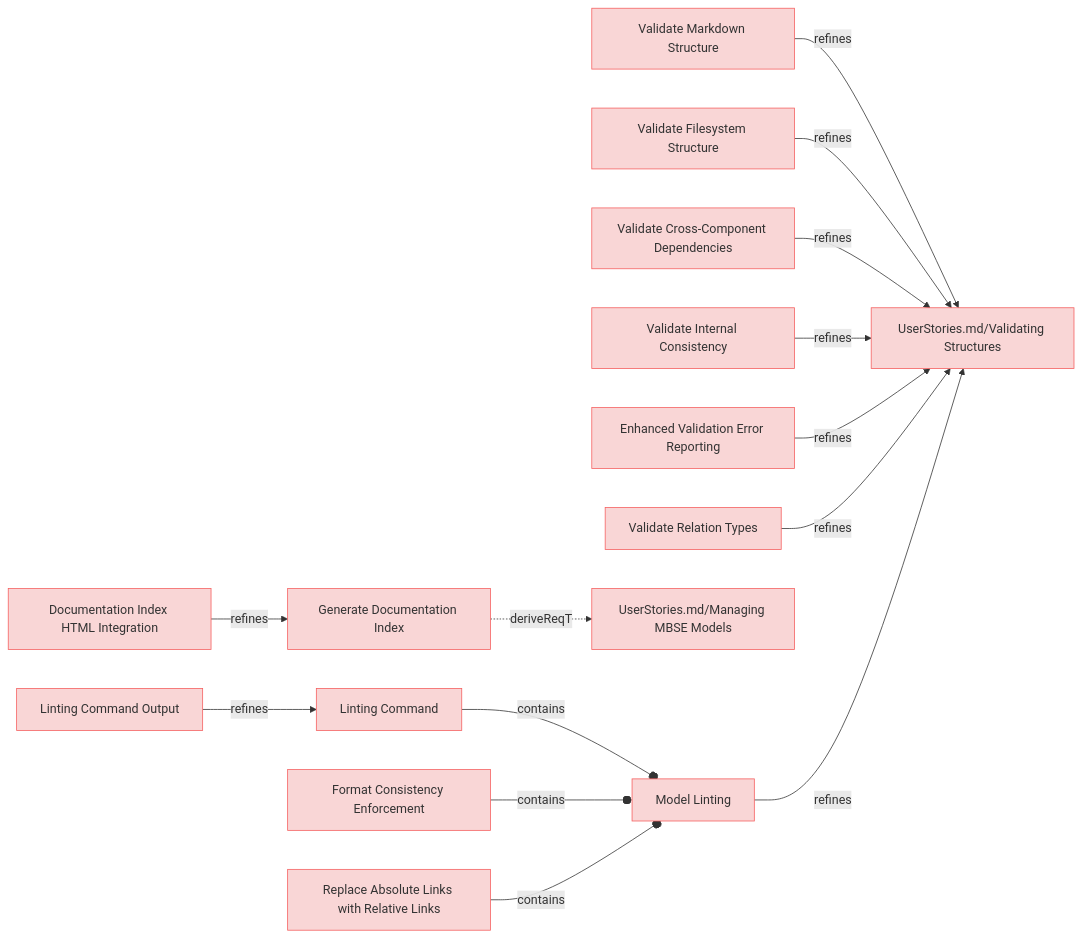
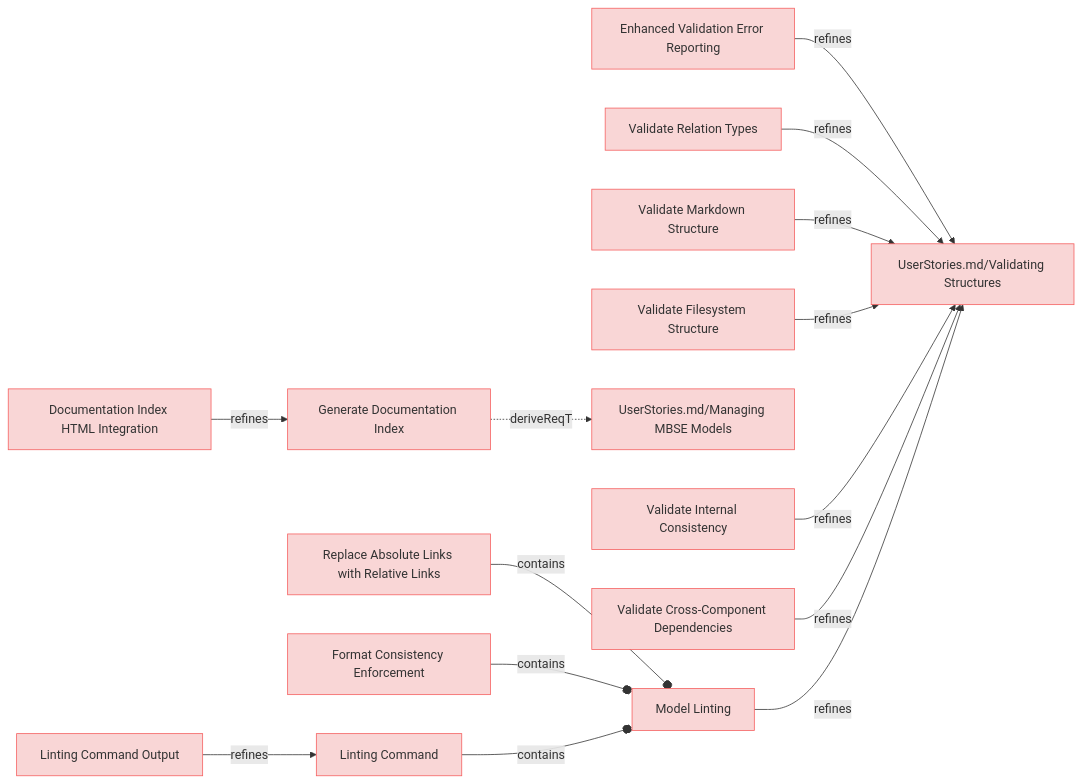
The third of 9 diagrams in specifications/UserRequirements.md (reqvire-org/reqvire), drawn with Mermaid before and after one commit. The commit also changed other lines of this file and 14 other files, not shown here.

Commit message:
Diagram fixes

````diff
--- a/specifications/UserRequirements.md
+++ b/specifications/UserRequirements.md
@@ -147,67 +147,67 @@
 ```mermaid
 graph LR;
   %% Graph styling
   classDef requirement fill:#f9d6d6,stroke:#f55f5f,stroke-width:1px;
   classDef verification fill:#d6f9d6,stroke:#5fd75f,stroke-width:1px;
   classDef externalLink fill:#d0e0ff,stroke:#3080ff,stroke-width:1px;
   classDef default fill:#f5f5f5,stroke:#333333,stroke-width:1px;
 
+  7cf5cf9900076be6["Enhanced Validation Error Reporting"];
+  click 7cf5cf9900076be6 "UserRequirements.md#enhanced-validation-error-reporting";
+  class 7cf5cf9900076be6 requirement;
+  a60d88b6e2cb3842["UserStories.md/Validating Structures"];
+  class a60d88b6e2cb3842 requirement;
+  click a60d88b6e2cb3842 "UserStories.md#validating-structures";
+  7cf5cf9900076be6 -->|refines| a60d88b6e2cb3842;
+  e1c89b5d94837122["Documentation Index HTML Integration"];
+  click e1c89b5d94837122 "UserRequirements.md#documentation-index-html-integration";
+  class e1c89b5d94837122 requirement;
+  f5b5eaeb28c5a7b1["Generate Documentation Index"];
+  class f5b5eaeb28c5a7b1 requirement;
+  click f5b5eaeb28c5a7b1 "UserRequirements.md#generate-documentation-index";
+  e1c89b5d94837122 -->|refines| f5b5eaeb28c5a7b1;
+  e587d63764466914["Validate Relation Types"];
+  click e587d63764466914 "UserRequirements.md#validate-relation-types";
+  class e587d63764466914 requirement;
+  e587d63764466914 -->|refines| a60d88b6e2cb3842;
+  85f6854a4607b76b["Replace Absolute Links with Relative Links"];
+  click 85f6854a4607b76b "UserRequirements.md#replace-absolute-links-with-relative-links";
+  class 85f6854a4607b76b requirement;
+  103ddb8dc3242215["Model Linting"];
+  class 103ddb8dc3242215 requirement;
+  click 103ddb8dc3242215 "UserRequirements.md#model-linting";
+  85f6854a4607b76b --o|contains| 103ddb8dc3242215;
   7b1772417b3ad5e["Validate Markdown Structure"];
   click 7b1772417b3ad5e "UserRequirements.md#validate-markdown-structure";
   class 7b1772417b3ad5e requirement;
-  a60d88b6e2cb3842["UserStories.md/Validating Structures"];
-  class a60d88b6e2cb3842 requirement;
-  click a60d88b6e2cb3842 "UserStories.md#validating-structures";
   7b1772417b3ad5e -->|refines| a60d88b6e2cb3842;
+  852dea6cfecb47f5["UserStories.md/Managing MBSE Models"];
+  class 852dea6cfecb47f5 requirement;
+  click 852dea6cfecb47f5 "UserStories.md#managing-mbse-models";
+  f5b5eaeb28c5a7b1 -.->|deriveReqT| 852dea6cfecb47f5;
   d834cc4bc9dbb07c["Validate Filesystem Structure"];
   click d834cc4bc9dbb07c "UserRequirements.md#validate-filesystem-structure";
   class d834cc4bc9dbb07c requirement;
   d834cc4bc9dbb07c -->|refines| a60d88b6e2cb3842;
+  81758bdb22a3329d["Format Consistency Enforcement"];
+  click 81758bdb22a3329d "UserRequirements.md#format-consistency-enforcement";
+  class 81758bdb22a3329d requirement;
+  81758bdb22a3329d --o|contains| 103ddb8dc3242215;
+  9e524ac696c43a26["Validate Internal Consistency"];
+  click 9e524ac696c43a26 "UserRequirements.md#validate-internal-consistency";
+  class 9e524ac696c43a26 requirement;
+  9e524ac696c43a26 -->|refines| a60d88b6e2cb3842;
   6e40bf9f83a718fa["Validate Cross-Component Dependencies"];
   click 6e40bf9f83a718fa "UserRequirements.md#validate-cross-component-dependencies";
   class 6e40bf9f83a718fa requirement;
   6e40bf9f83a718fa -->|refines| a60d88b6e2cb3842;
-  9e524ac696c43a26["Validate Internal Consistency"];
-  click 9e524ac696c43a26 "UserRequirements.md#validate-internal-consistency";
-  class 9e524ac696c43a26 requirement;
-  9e524ac696c43a26 -->|refines| a60d88b6e2cb3842;
-  7cf5cf9900076be6["Enhanced Validation Error Reporting"];
-  click 7cf5cf9900076be6 "UserRequirements.md#enhanced-validation-error-reporting";
-  class 7cf5cf9900076be6 requirement;
-  7cf5cf9900076be6 -->|refines| a60d88b6e2cb3842;
+  103ddb8dc3242215 -->|refines| a60d88b6e2cb3842;
   808b1863c88b26c4["Linting Command Output"];
   click 808b1863c88b26c4 "UserRequirements.md#linting-command-output";
   class 808b1863c88b26c4 requirement;
   887a7d36caacab2b["Linting Command"];
   class 887a7d36caacab2b requirement;
   click 887a7d36caacab2b "UserRequirements.md#linting-command";
   808b1863c88b26c4 -->|refines| 887a7d36caacab2b;
-  103ddb8dc3242215["Model Linting"];
-  class 103ddb8dc3242215 requirement;
-  click 103ddb8dc3242215 "UserRequirements.md#model-linting";
   887a7d36caacab2b --o|contains| 103ddb8dc3242215;
-  81758bdb22a3329d["Format Consistency Enforcement"];
-  click 81758bdb22a3329d "UserRequirements.md#format-consistency-enforcement";
-  class 81758bdb22a3329d requirement;
-  81758bdb22a3329d --o|contains| 103ddb8dc3242215;
-  e1c89b5d94837122["Documentation Index HTML Integration"];
-  click e1c89b5d94837122 "UserRequirements.md#documentation-index-html-integration";
-  class e1c89b5d94837122 requirement;
-  f5b5eaeb28c5a7b1["Generate Documentation Index"];
-  class f5b5eaeb28c5a7b1 requirement;
-  click f5b5eaeb28c5a7b1 "UserRequirements.md#generate-documentation-index";
-  e1c89b5d94837122 -->|refines| f5b5eaeb28c5a7b1;
-  852dea6cfecb47f5["UserStories.md/Managing MBSE Models"];
-  class 852dea6cfecb47f5 requirement;
-  click 852dea6cfecb47f5 "UserStories.md#managing-mbse-models";
-  f5b5eaeb28c5a7b1 -.->|deriveReqT| 852dea6cfecb47f5;
-  85f6854a4607b76b["Replace Absolute Links with Relative Links"];
-  click 85f6854a4607b76b "UserRequirements.md#replace-absolute-links-with-relative-links";
-  class 85f6854a4607b76b requirement;
-  85f6854a4607b76b --o|contains| 103ddb8dc3242215;
-  e587d63764466914["Validate Relation Types"];
-  click e587d63764466914 "UserRequirements.md#validate-relation-types";
-  class e587d63764466914 requirement;
-  e587d63764466914 -->|refines| a60d88b6e2cb3842;
-  103ddb8dc3242215 -->|refines| a60d88b6e2cb3842;
 ```
````
